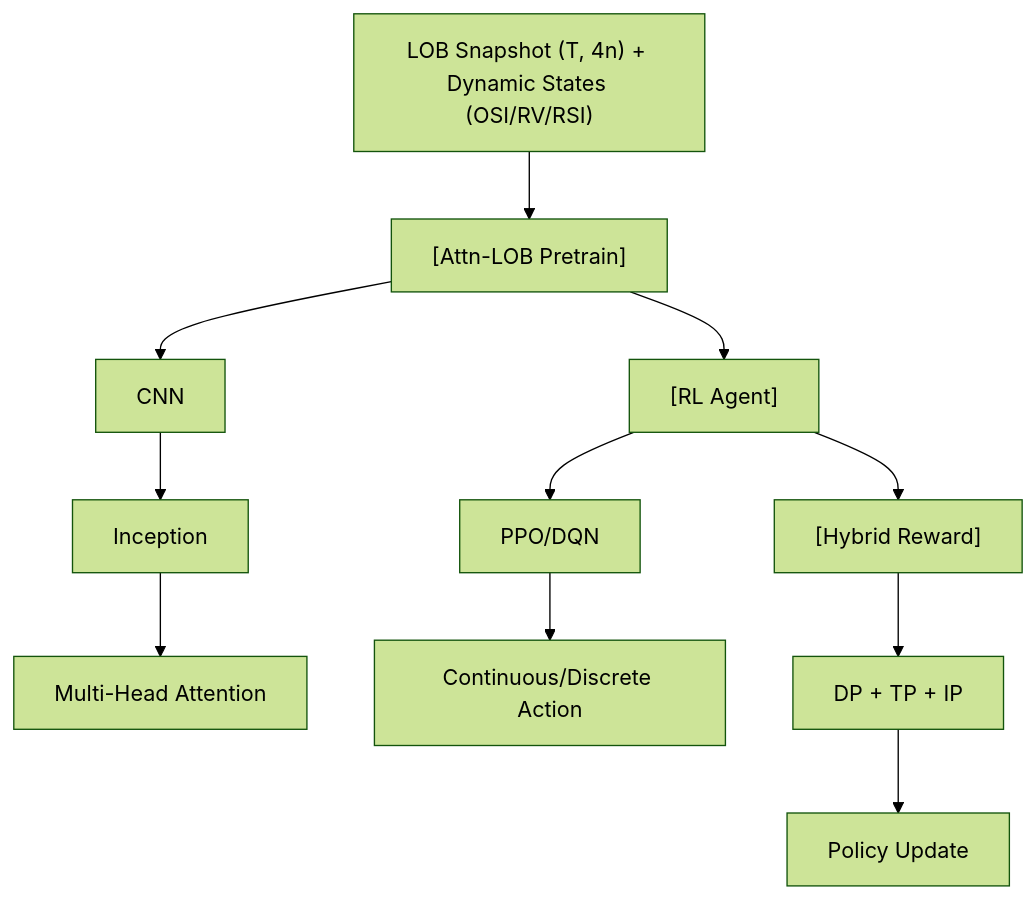
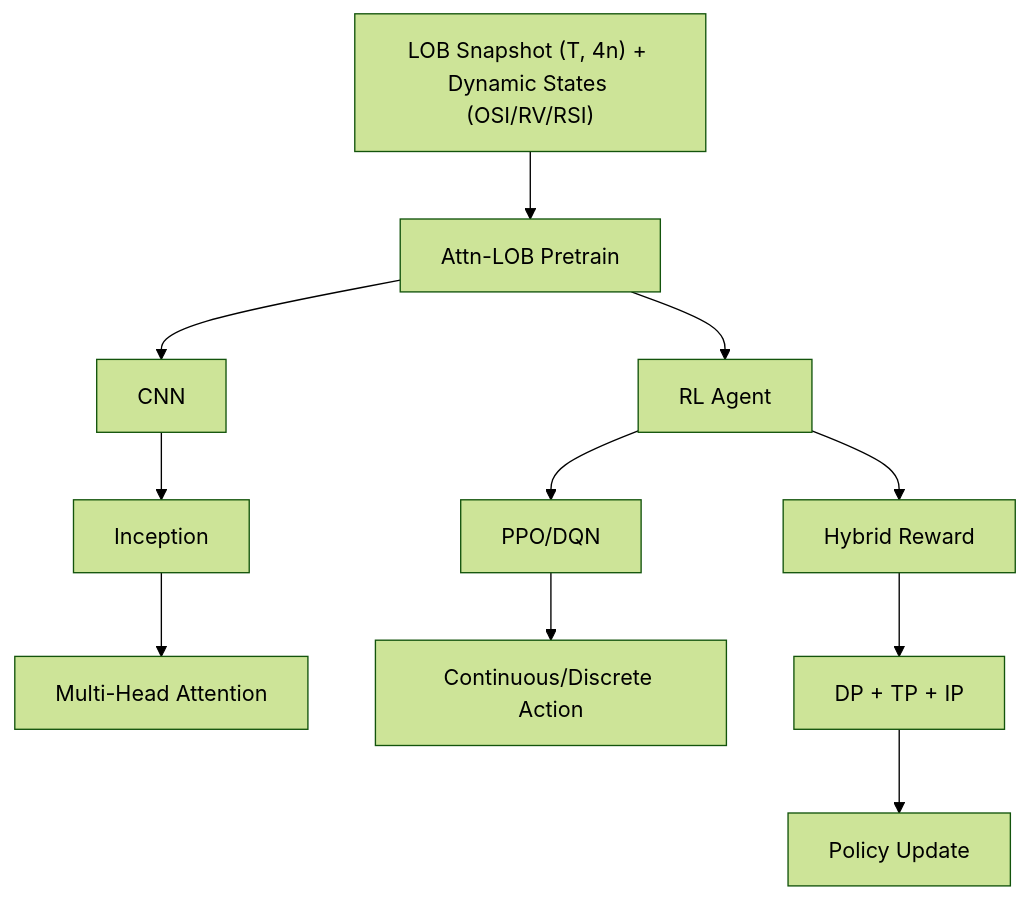
Before and after one commit to sou350121/Trading-Handbook: the diagram in foundations/market-microstructure/attn-lob.md, drawn with Mermaid (forest theme). The commit also changed 191 other files, not shown here.

First line of the commit message:
render: fix math + mermaid for GitHub across the corpus (188 pages)

````diff
--- a/foundations/market-microstructure/attn-lob.md
+++ b/foundations/market-microstructure/attn-lob.md
@@ -32,13 +32,13 @@
 ```mermaid
 flowchart TD
-    A["LOB Snapshot (T, 4n) + Dynamic States (OSI/RV/RSI)"] --> B["[Attn-LOB Pretrain]"]
+    A["LOB Snapshot (T, 4n) + Dynamic States (OSI/RV/RSI)"] --> B["Attn-LOB Pretrain"]
     B --> C["CNN"]
     C --> D["Inception"]
     D --> E["Multi-Head Attention"]
-    B --> F["[RL Agent]"]
+    B --> F["RL Agent"]
     F --> G["PPO/DQN"]
     G --> H["Continuous/Discrete Action"]
-    F --> I["[Hybrid Reward]"]
+    F --> I["Hybrid Reward"]
     I --> J["DP + TP + IP"]
     J --> K["Policy Update"]
 ```
````
